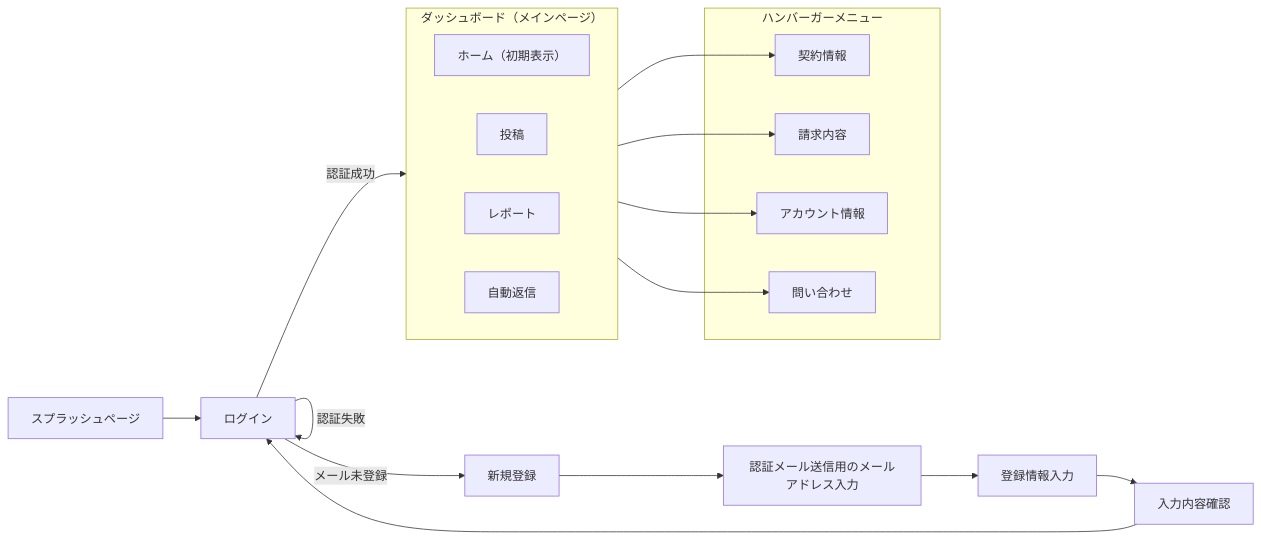
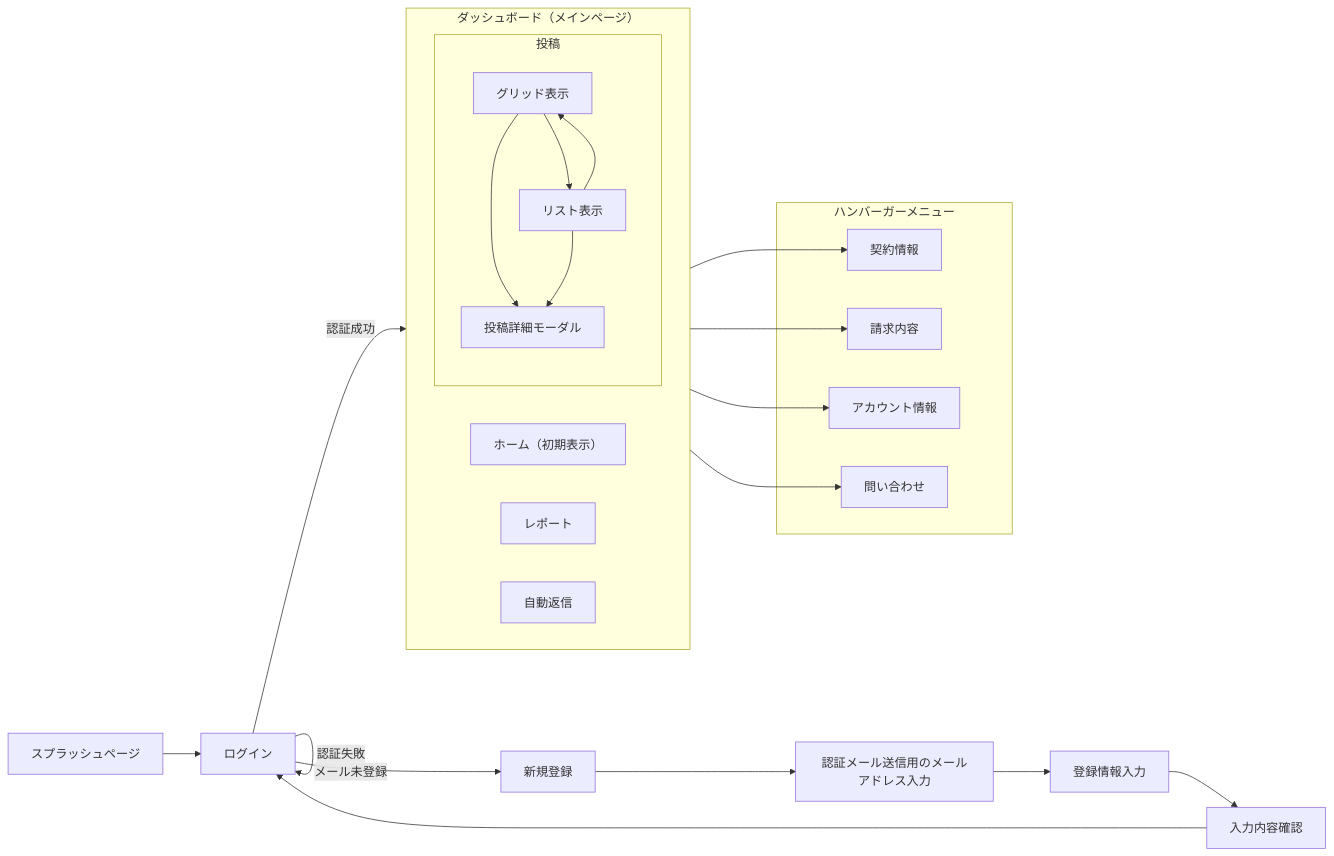
The diagram in docs/02_screen_design.md (NK28116/web-PJ), drawn with Mermaid before and after one commit. The commit also changed 94 other files, not shown here.

````diff
--- a/docs/02_screen_design.md
+++ b/docs/02_screen_design.md
@@ -24,46 +24,57 @@
 ```mermaid
 flowchart LR
 
 %% ───────────────
 %% 認証前
 %% ───────────────
 A["スプラッシュページ"] --> B["ログイン"]
 
 B -- 認証成功 --> C
 B -- メール未登録 --> H["新規登録"]
 B -- 認証失敗 --> B
 
 %% ───────────────
 %% 新規登録フロー
 %% ───────────────
 H --> n1["認証メール送信用のメールアドレス入力"]
 n1 --> n2["登録情報入力"]
 n2 --> n7["入力内容確認"]
 n7 --> B
 
+subgraph D1["投稿"]
+    Grid["グリッド表示"] --> List["リスト表示"]
+    List --> Grid
+      Grid --> PostDetail["投稿詳細モーダル"]
+      List --> PostDetail["投稿詳細モーダル"]
+end
+
 %% ───────────────
 %% ダッシュボード（メインページ）
 %% ───────────────
 subgraph C["ダッシュボード（メインページ）"]
     direction LR
     G["ホーム（初期表示）"]
-    D["投稿"]
+    D1
     E["レポート"]
     F["自動返信"]
 end
 
 %% ───────────────
 %% メニューからの遷移
 %% ───────────────
 subgraph s2["ハンバーガーメニュー"]
     n3["契約情報"]
     n4["請求内容"]
     n5["アカウント情報"]
     n6["問い合わせ"]
 end
 
+
+
+
+
 C --> n3
 C --> n4
 C --> n5
 C --> n6
 ```
````
